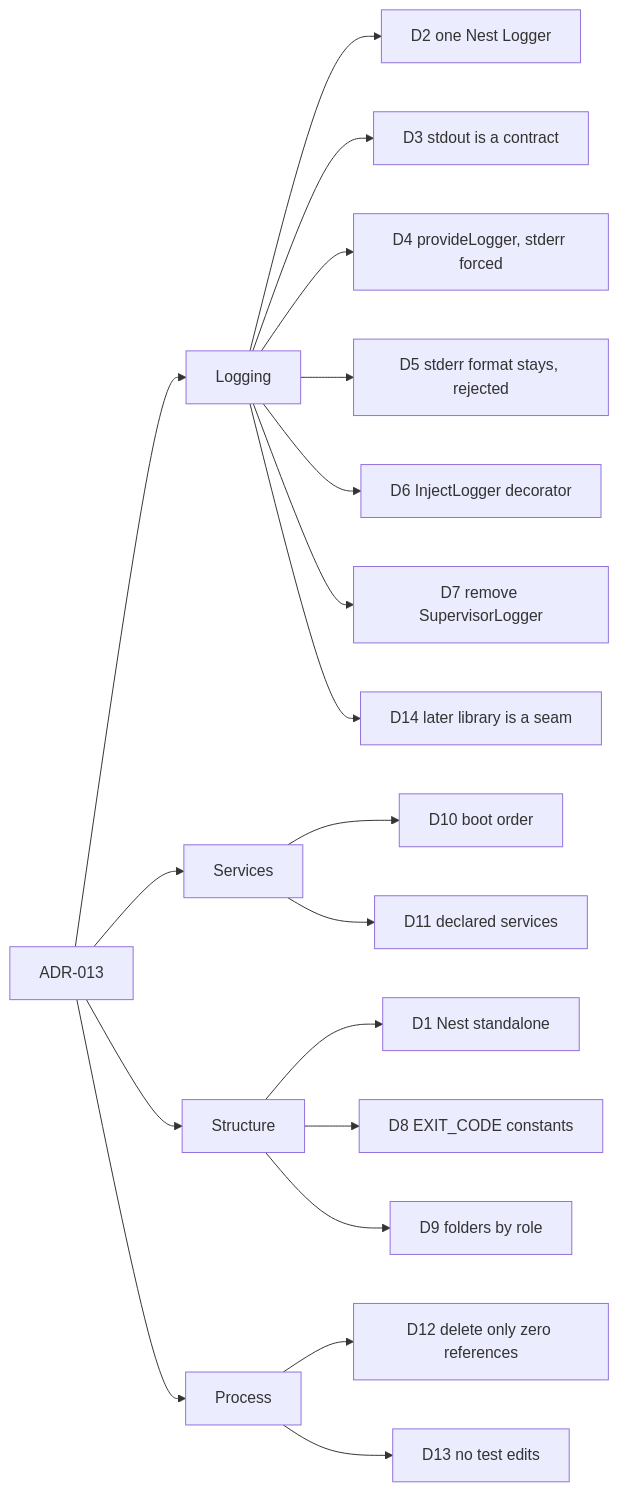
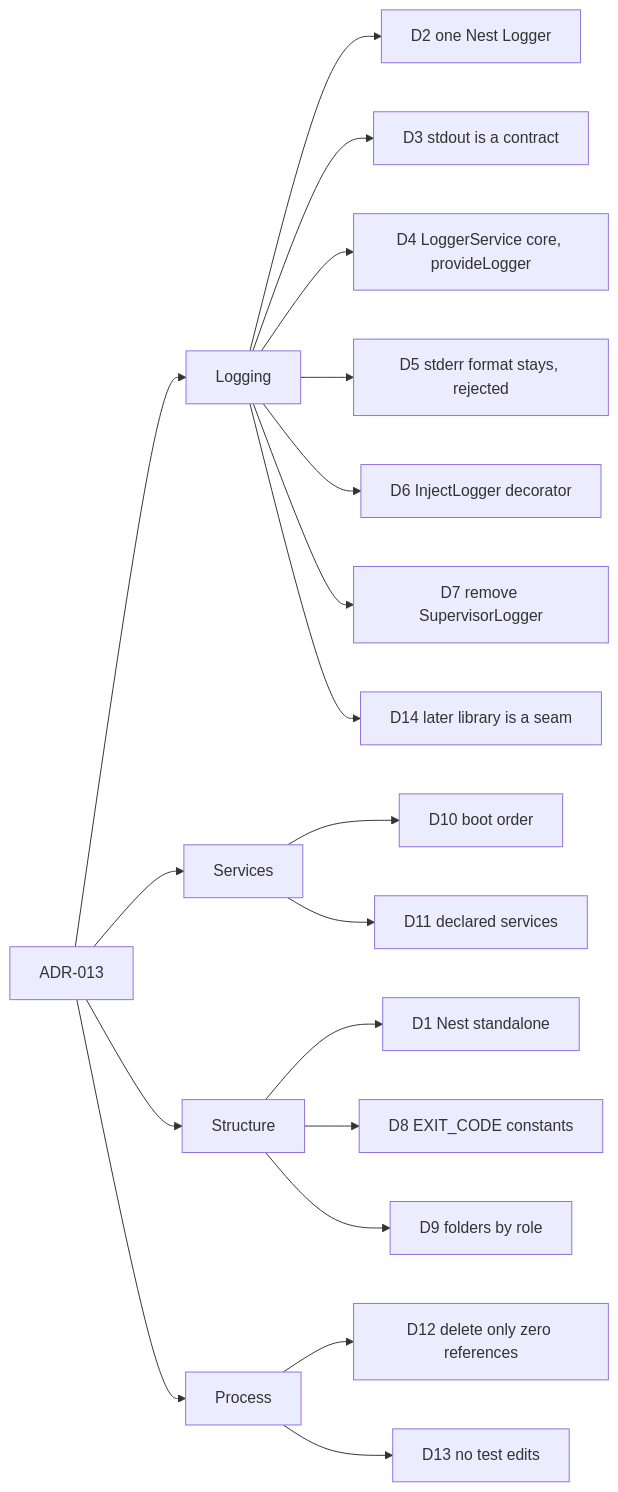
Before and after one commit to virgenherrera/lan-solution-template: the first of 3 diagrams in docs/architecture/adr/ADR-013-nest-standalone-architecture.md, drawn with Mermaid. The commit also changed other lines of this file and 2 other files, not shown here.

First line of the commit message:
docs: describe the log record and the sink pipeline

````diff
--- a/docs/architecture/adr/ADR-013-nest-standalone-architecture.md
+++ b/docs/architecture/adr/ADR-013-nest-standalone-architecture.md
@@ -56,21 +56,21 @@
 ```mermaid
 flowchart LR
   ADR["ADR-013"] --> LOG["Logging"]
   ADR --> SVC["Services"]
   ADR --> STR["Structure"]
   ADR --> PRC["Process"]
   LOG --> D2["D2 one Nest Logger"]
   LOG --> D3["D3 stdout is a contract"]
-  LOG --> D4["D4 provideLogger, stderr forced"]
+  LOG --> D4["D4 LoggerService core, provideLogger"]
   LOG --> D5["D5 stderr format stays, rejected"]
   LOG --> D6["D6 InjectLogger decorator"]
   LOG --> D7["D7 remove SupervisorLogger"]
   LOG --> D14["D14 later library is a seam"]
   SVC --> D10["D10 boot order"]
   SVC --> D11["D11 declared services"]
   STR --> D1["D1 Nest standalone"]
   STR --> D8["D8 EXIT_CODE constants"]
   STR --> D9["D9 folders by role"]
   PRC --> D12["D12 delete only zero references"]
   PRC --> D13["D13 no test edits"]
 ```
````
